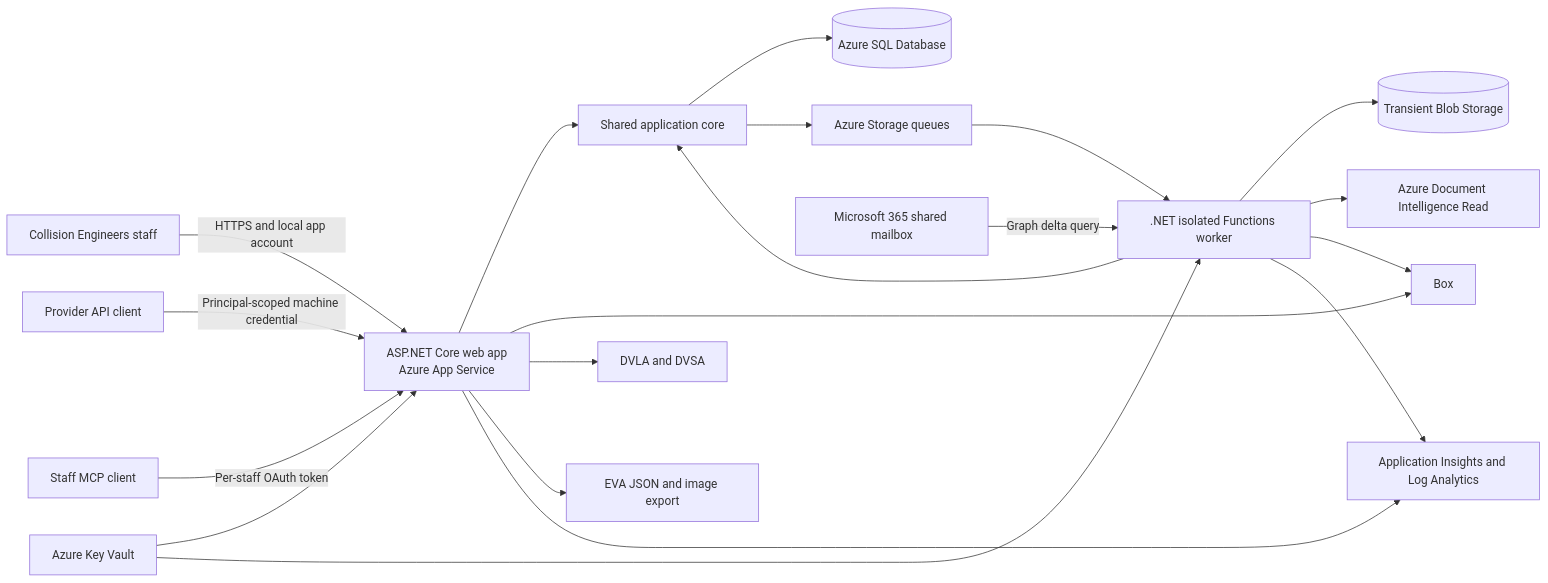
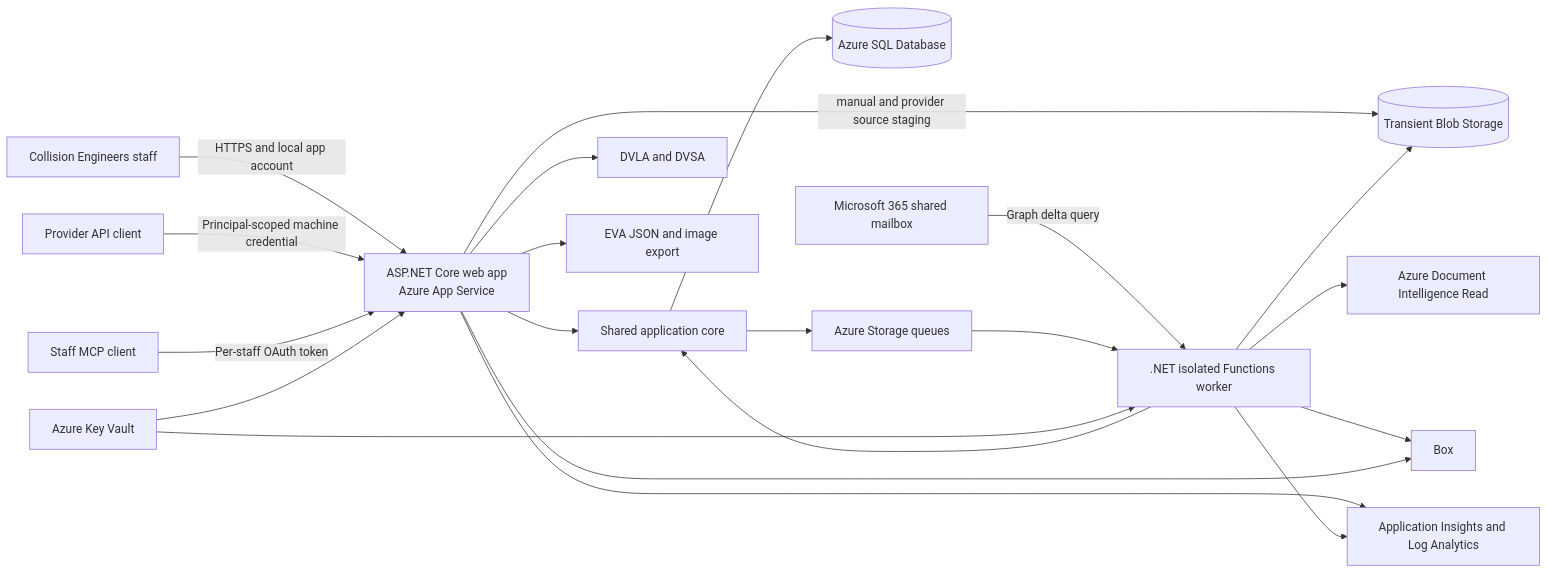
Before and after one commit to collisionengineers/pegasus: the diagram in docs/architecture/decisions/ADR-0002-dotnet-modular-monolith-on-azure.md, drawn with Mermaid. The commit also changed other lines of this file and 28 other files, not shown here.

````diff
--- a/docs/architecture/decisions/ADR-0002-dotnet-modular-monolith-on-azure.md
+++ b/docs/architecture/decisions/ADR-0002-dotnet-modular-monolith-on-azure.md
@@ -78,25 +78,26 @@
 ```mermaid
 flowchart LR
     Staff[Collision Engineers staff] -->|HTTPS and local app account| Web[ASP.NET Core web app<br/>Azure App Service]
     Provider[Provider API client] -->|Principal-scoped machine credential| Web
     StaffMcp[Staff MCP client] -->|Per-staff OAuth token| Web
 
     Web --> Core[Shared application core]
     Worker[.NET isolated Functions worker] --> Core
     Core --> Sql[(Azure SQL Database)]
     Core --> Queue[Azure Storage queues]
 
     Outlook[Microsoft 365 shared mailbox] -->|Graph delta query| Worker
     Queue --> Worker
+    Web -->|manual and provider source staging| Blob[(Transient Blob Storage)]
     Worker --> Blob[(Transient Blob Storage)]
     Worker --> DocIntel[Azure Document Intelligence Read]
     Worker --> Box[Box]
     Web --> Box
     Web --> Vehicle[DVLA and DVSA]
     Web --> Eva[EVA JSON and image export]
 
     Web --> Monitor[Application Insights and Log Analytics]
     Worker --> Monitor
     KeyVault[Azure Key Vault] --> Web
     KeyVault --> Worker
 ```
````
